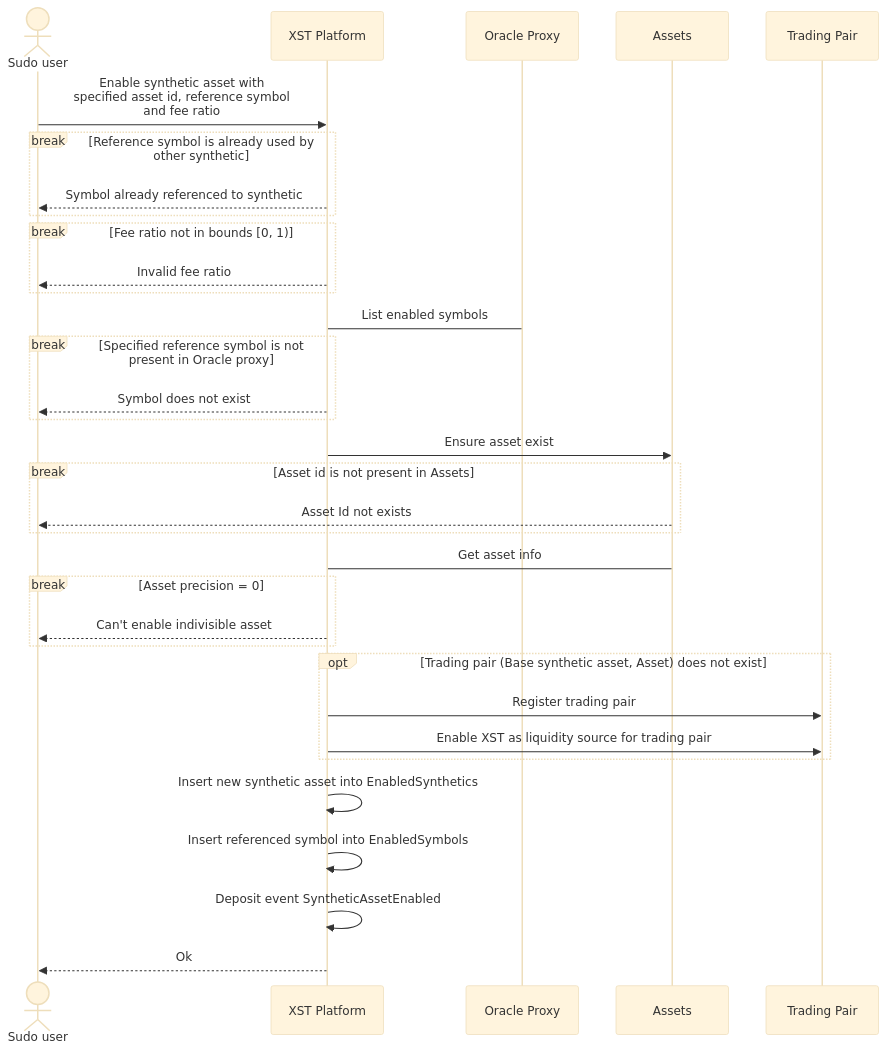
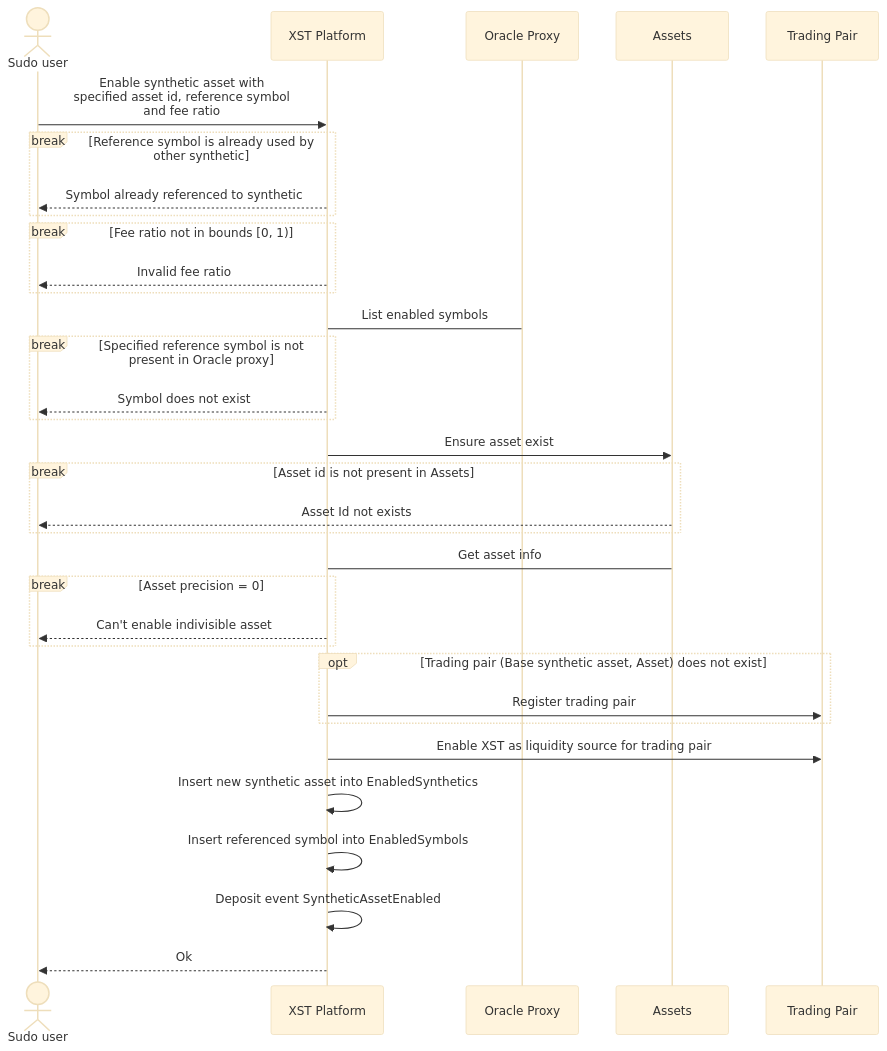
One commit to sora-xor/sora-docs changed the first of 10 diagrams in src/synthetics.md. Above: the diagram before and after it, drawn with Mermaid (base theme). The commit also changed other lines of this file, not shown here.

Commit message:
encorporated new changes in xst

````diff
--- a/src/synthetics.md
+++ b/src/synthetics.md
@@ -84,37 +88,37 @@
 ```mermaid
 sequenceDiagram
     actor S as Sudo user
     participant X as XST Platform
     participant O as Oracle Proxy
     participant A as Assets
     participant T as Trading Pair
 
     S->>X: Enable synthetic asset with <br/> specified asset id, reference symbol <br/> and fee ratio
     break Reference symbol is already used by other synthetic
         X-->>S: Symbol already referenced to synthetic
     end
     break Fee ratio not in bounds [0, 1)
         X-->>S: Invalid fee ratio
     end
     X->O: List enabled symbols
     break Specified reference symbol is not present in Oracle proxy
         X-->>S: Symbol does not exist
     end
     X->>A: Ensure asset exist
     break Asset id is not present in Assets
         A-->>S: Asset Id not exists
     end
     X->A: Get asset info
     break Asset precision = 0
         X-->>S: Can't enable indivisible asset
     end
 
     opt Trading pair (Base synthetic asset, Asset) does not exist
         X->>T: Register trading pair
-        X->>T: Enable XST as liquidity source for trading pair
     end
+    X->>T: Enable XST as liquidity source for trading pair
     X->>X: Insert new synthetic asset into EnabledSynthetics
     X->>X: Insert referenced symbol into EnabledSymbols
     X->>X: Deposit event SyntheticAssetEnabled
     X-->>S: Ok
 ```
````
